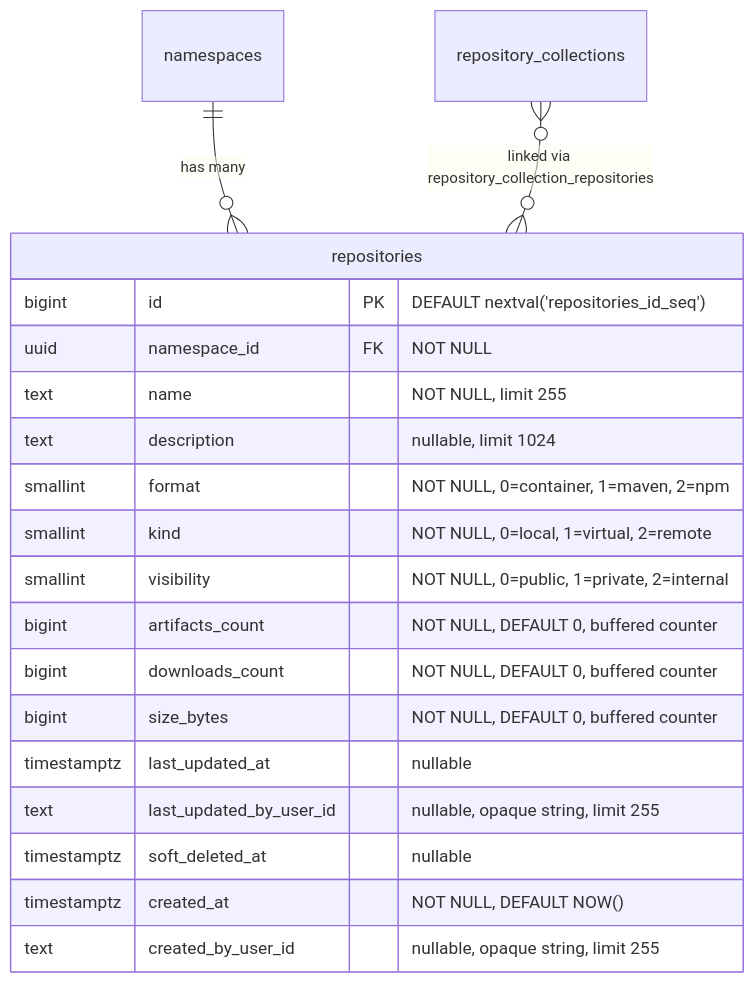
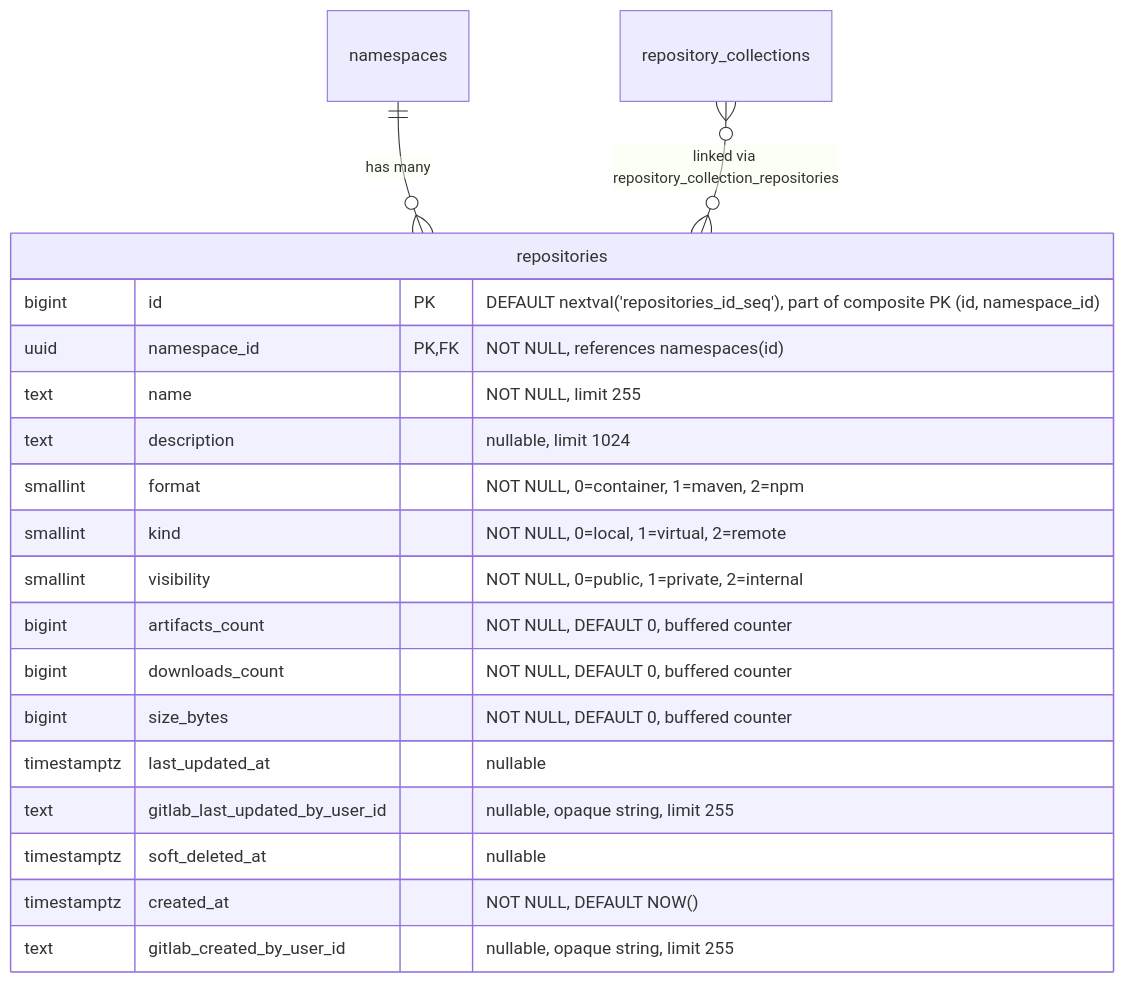
Before and after one commit to kyama0/gitlab-handbook-ja: the third of 19 diagrams in content/handbook/engineering/architecture/design-documents/artifact_registry/decisions/007_database_schema.md, drawn with Mermaid. The commit also changed other lines of this file and 7 other files, not shown here.

````diff
--- a/content/handbook/engineering/architecture/design-documents/artifact_registry/decisions/007_database_schema.md
+++ b/content/handbook/engineering/architecture/design-documents/artifact_registry/decisions/007_database_schema.md
@@ -132,23 +139,23 @@
 ```mermaid
 erDiagram
     namespaces ||--o{ repositories : "has many"
     repository_collections }o--o{ repositories : "linked via repository_collection_repositories"
 
     repositories {
-        bigint id PK "DEFAULT nextval('repositories_id_seq')"
-        uuid namespace_id FK "NOT NULL"
+        bigint id PK "DEFAULT nextval('repositories_id_seq'), part of composite PK (id, namespace_id)"
+        uuid namespace_id PK,FK "NOT NULL, references namespaces(id)"
         text name "NOT NULL, limit 255"
         text description "nullable, limit 1024"
         smallint format "NOT NULL, 0=container, 1=maven, 2=npm"
         smallint kind "NOT NULL, 0=local, 1=virtual, 2=remote"
         smallint visibility "NOT NULL, 0=public, 1=private, 2=internal"
         bigint artifacts_count "NOT NULL, DEFAULT 0, buffered counter"
         bigint downloads_count "NOT NULL, DEFAULT 0, buffered counter"
         bigint size_bytes "NOT NULL, DEFAULT 0, buffered counter"
         timestamptz last_updated_at "nullable"
-        text last_updated_by_user_id "nullable, opaque string, limit 255"
+        text gitlab_last_updated_by_user_id "nullable, opaque string, limit 255"
         timestamptz soft_deleted_at "nullable"
         timestamptz created_at "NOT NULL, DEFAULT NOW()"
-        text created_by_user_id "nullable, opaque string, limit 255"
+        text gitlab_created_by_user_id "nullable, opaque string, limit 255"
     }
 ```
````
